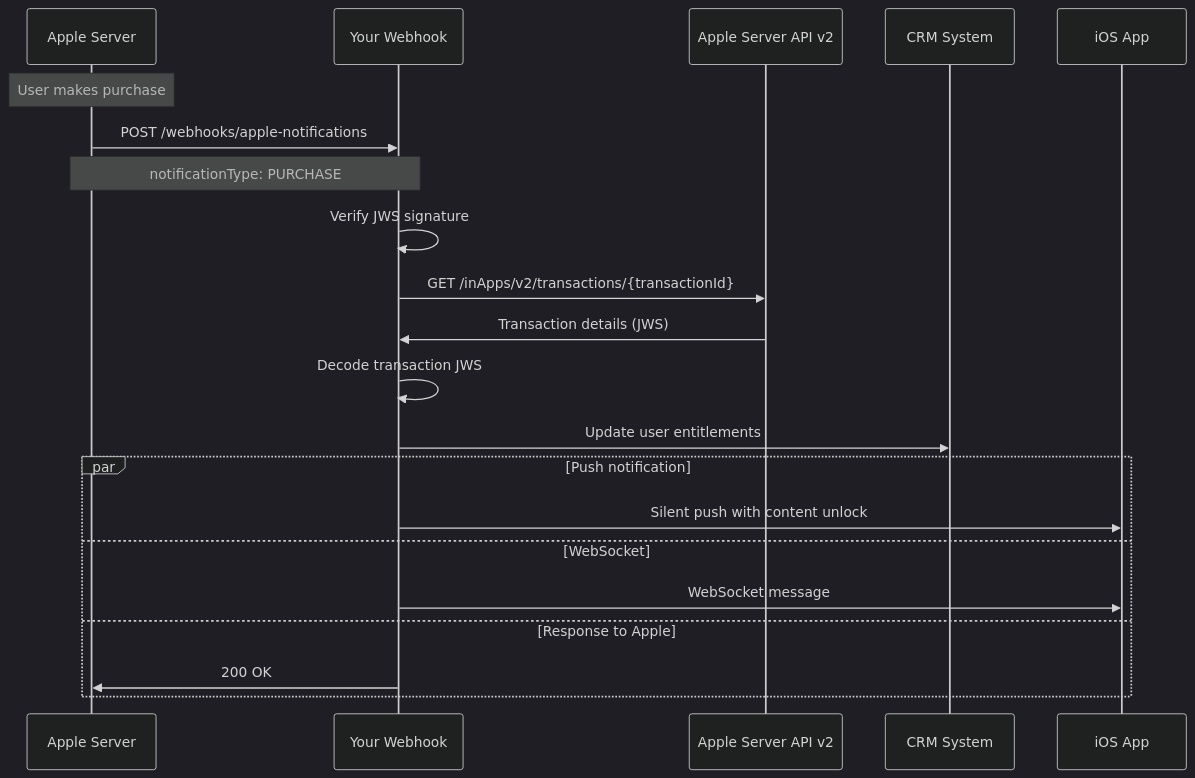
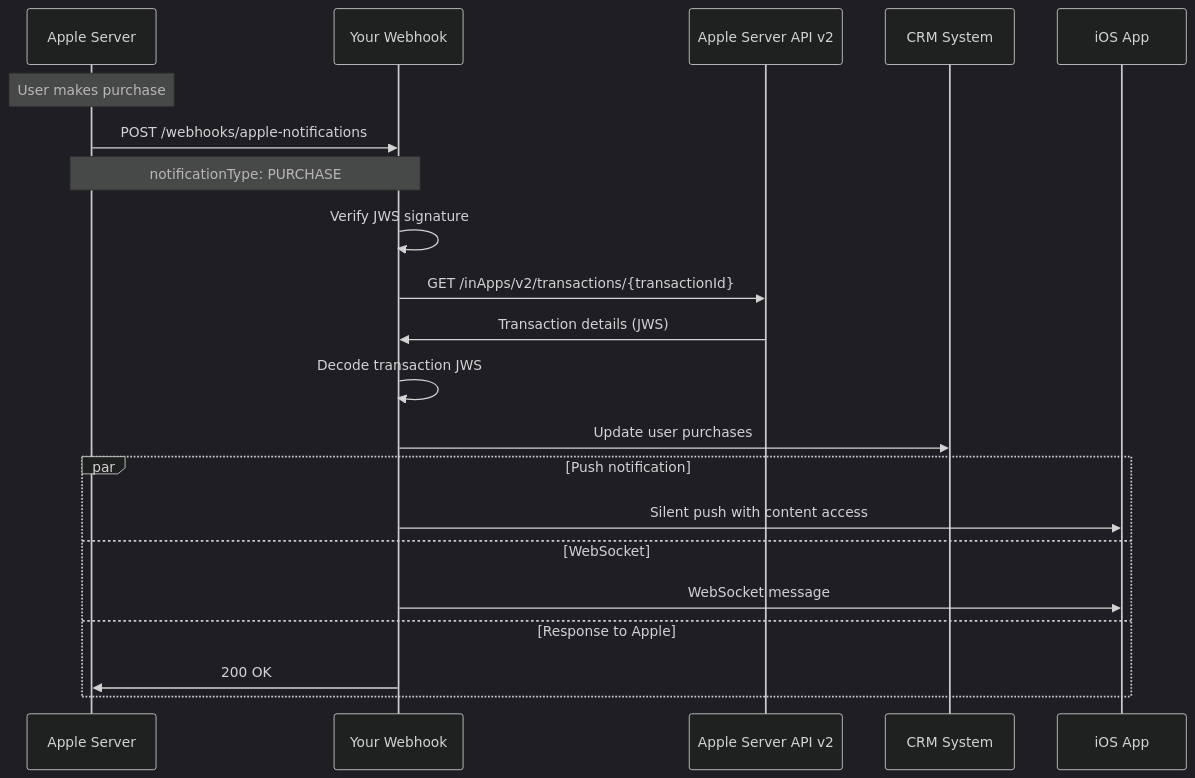
One commit to tnstoyanov/applePayInAppBt changed the ninth of 9 diagrams in architecture/flow-diagrams.md. Above: the diagram before and after it, drawn with Mermaid (dark theme). The commit also changed other lines of this file, not shown here.

First line of the commit message:
Remove subscription management flow and update terminology

````diff
--- a/architecture/flow-diagrams.md
+++ b/architecture/flow-diagrams.md
@@ -309,27 +284,27 @@
 ```mermaid
 sequenceDiagram
     participant Apple as Apple Server
     participant Webhook as Your Webhook
     participant API as Apple Server API v2
     participant CRM as CRM System
     participant App as iOS App
     
     Note over Apple: User makes purchase
     Apple->>Webhook: POST /webhooks/apple-notifications
     Note over Apple,Webhook: notificationType: PURCHASE
     
     Webhook->>Webhook: Verify JWS signature
     Webhook->>API: GET /inApps/v2/transactions/{transactionId}
     API->>Webhook: Transaction details (JWS)
     
     Webhook->>Webhook: Decode transaction JWS
-    Webhook->>CRM: Update user entitlements
+    Webhook->>CRM: Update user purchases
     
     par Push notification
-        Webhook->>App: Silent push with content unlock
+        Webhook->>App: Silent push with content access
     and WebSocket
         Webhook->>App: WebSocket message
     and Response to Apple
         Webhook->>Apple: 200 OK
     end
 ```
````
